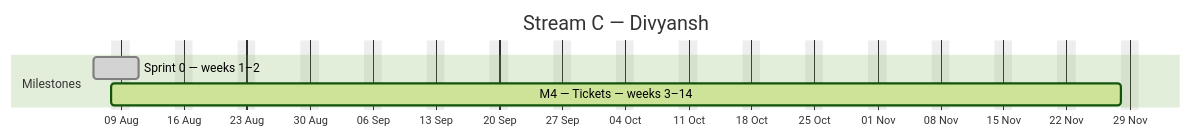
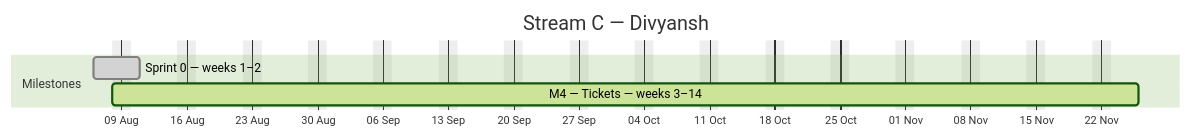
The third of 4 diagrams in docs/plan/GANTT.md (debashisedunext/EduTrack), drawn with Mermaid (forest theme) before and after one commit. The commit also changed other lines of this file and 9 other files, not shown here.

````diff
--- a/docs/plan/GANTT.md
+++ b/docs/plan/GANTT.md
@@ -154,10 +158,10 @@
 ```mermaid
 gantt
     dateFormat YYYY-MM-DD
     axisFormat %d %b
     title Stream C — Divyansh
     excludes weekends
     section Milestones
     Sprint 0 — weeks 1–2 :done, c0, 2026-08-06, 3d
-    M4 — Tickets — weeks 3–14 :active, c1, 2026-08-08, 81d
+    M4 — Tickets — weeks 3–14 :active, c1, 2026-08-08, 79d
 ```
````
